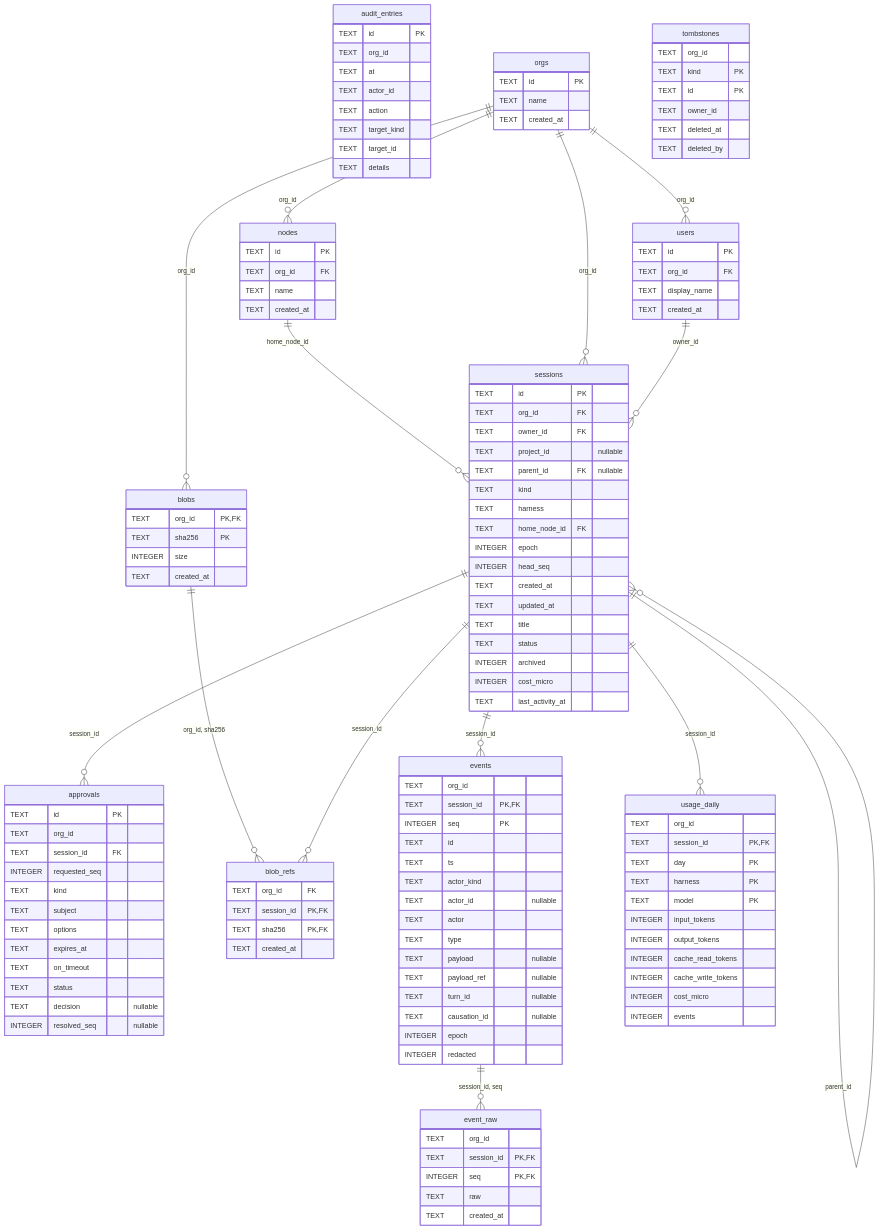
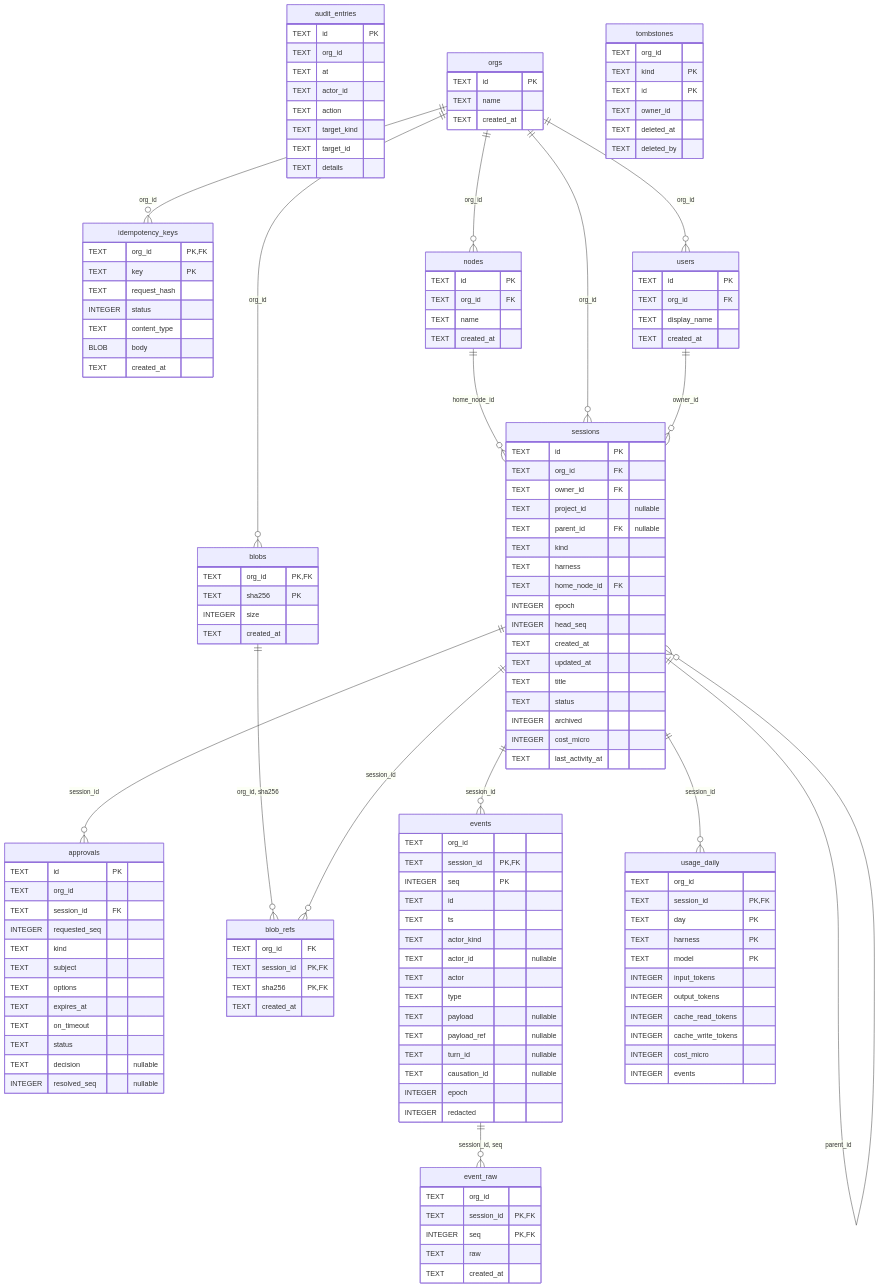
The diagram in docs/generated/er-diagram.md (ifahrentholz/beton), drawn with Mermaid before and after one commit. The commit also changed other lines of this file and 9 other files, not shown here.

```diff
--- a/docs/generated/er-diagram.md
+++ b/docs/generated/er-diagram.md
@@ -65,6 +65,15 @@
         TEXT causation_id "nullable"
         INTEGER epoch
         INTEGER redacted
+    }
+    idempotency_keys {
+        TEXT org_id PK,FK
+        TEXT key PK
+        TEXT request_hash
+        INTEGER status
+        TEXT content_type
+        BLOB body
+        TEXT created_at
     }
     nodes {
         TEXT id PK
@@ -129,6 +138,7 @@
     orgs ||--o{ blobs : "org_id"
     events ||--o{ event_raw : "session_id, seq"
     sessions ||--o{ events : "session_id"
+    orgs ||--o{ idempotency_keys : "org_id"
     orgs ||--o{ nodes : "org_id"
     nodes ||--o{ sessions : "home_node_id"
     orgs ||--o{ sessions : "org_id"
```
